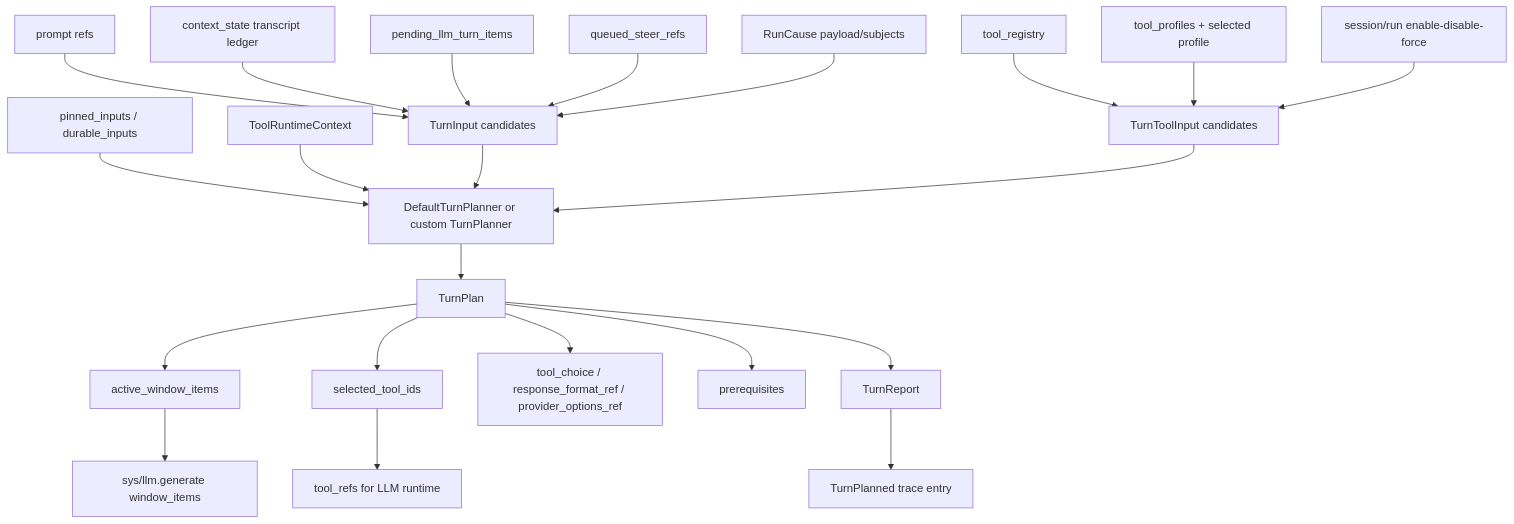
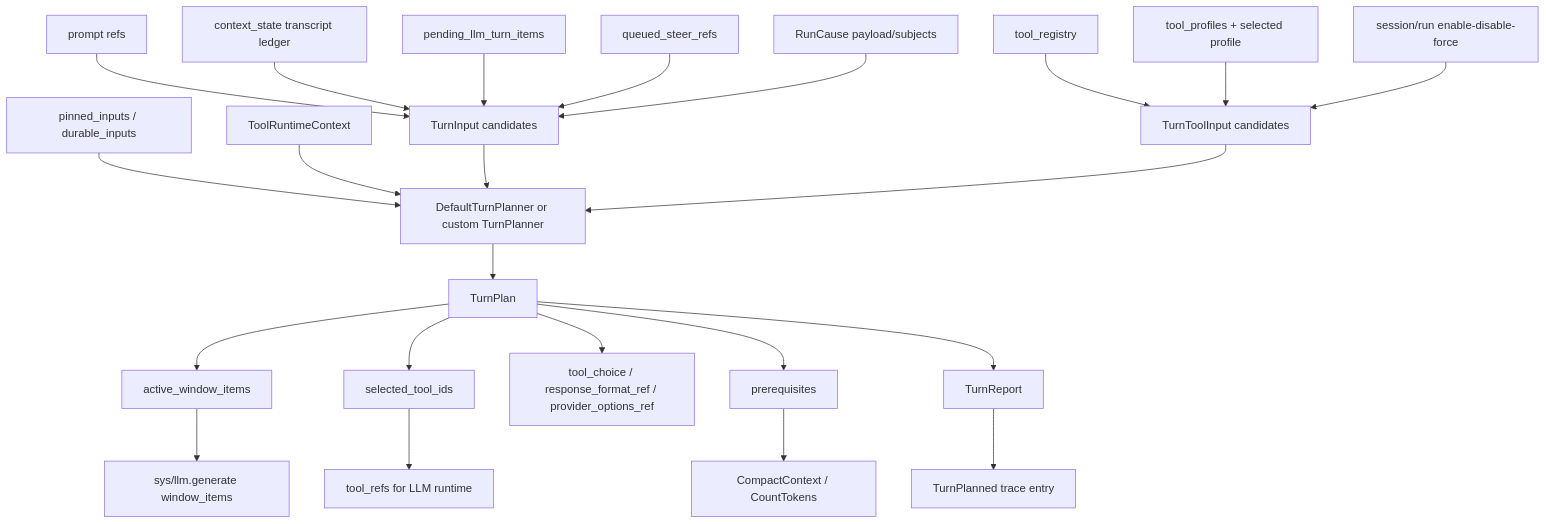
One commit to smartcomputer-ai/agent-os changed the ninth of 25 diagrams in roadmap/v0.30-agent/visual-guide.md. Above: the diagram before and after it, drawn with Mermaid. The commit also changed other lines of this file, not shown here.

````diff
--- a/roadmap/v0.30-agent/visual-guide.md
+++ b/roadmap/v0.30-agent/visual-guide.md
@@ -578,26 +627,27 @@
 ```mermaid
 flowchart TD
   PromptRefs[prompt refs] --> Inputs[TurnInput candidates]
   Transcript[context_state transcript ledger] --> Inputs
   TurnRefs[pending_llm_turn_items] --> Inputs
   Steer[queued_steer_refs] --> Inputs
   Cause[RunCause payload/subjects] --> Inputs
   SessionTurnState[pinned_inputs / durable_inputs] --> Planner
 
   Registry[tool_registry] --> ToolInputs[TurnToolInput candidates]
   Profiles[tool_profiles + selected profile] --> ToolInputs
   Overrides[session/run enable-disable-force] --> ToolInputs
   Runtime[ToolRuntimeContext] --> Planner
 
   Inputs --> Planner[DefaultTurnPlanner or custom TurnPlanner]
   ToolInputs --> Planner
   Planner --> Plan[TurnPlan]
   Plan --> Window[active_window_items]
   Plan --> Tools[selected_tool_ids]
   Plan --> Controls[tool_choice / response_format_ref / provider_options_ref]
   Plan --> Prereqs[prerequisites]
   Plan --> Report[TurnReport]
   Window --> LLM[sys/llm.generate window_items]
   Tools --> ToolRefs[tool_refs for LLM runtime]
+  Prereqs --> ContextOps[CompactContext / CountTokens]
   Report --> Trace[TurnPlanned trace entry]
 ```
````
